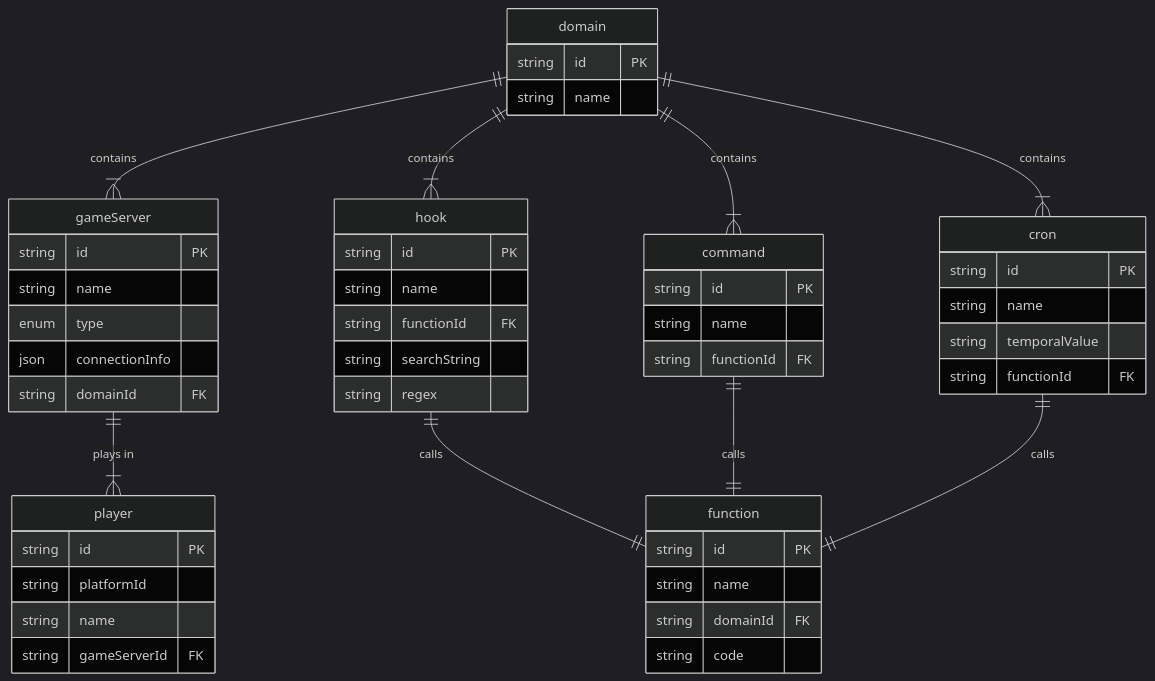
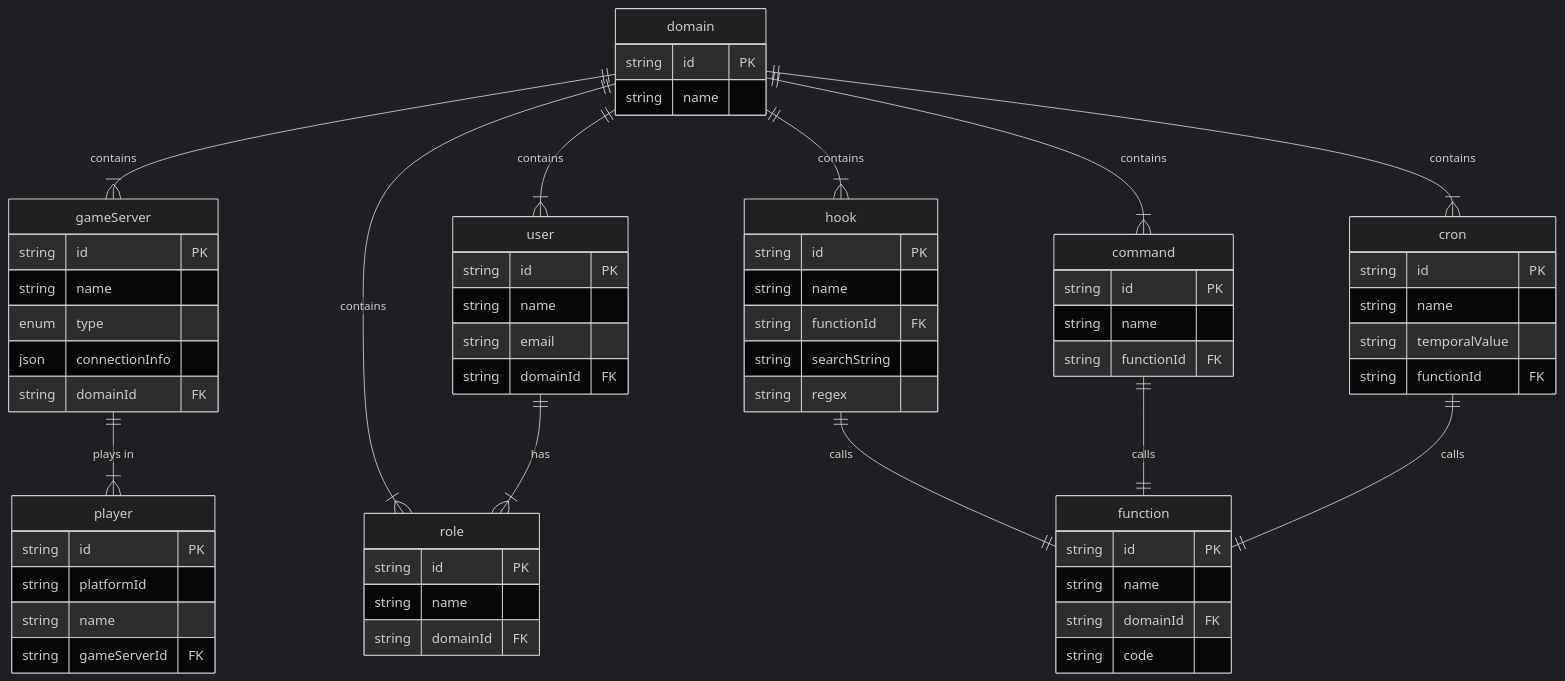
One commit to gettakaro/takaro changed the diagram in README.md. Above: the diagram before and after it, drawn with Mermaid (dark theme). The commit also changed 78 other files, not shown here.

````diff
--- a/README.md
+++ b/README.md
@@ -57,60 +57,76 @@
 ```mermaid
 erDiagram
     domain {
       string id PK
       string name
     }
     
     gameServer {
       string id PK
       string name
       enum type
       json connectionInfo 
+      string domainId FK
+    }
+
+    user {
+      string id PK
+      string name
+      string email
+      string domainId FK
+    }
+
+    role {
+      string id PK
+      string name
       string domainId FK
     }
     
     player {
       string id PK
       string platformId
       string name
       string gameServerId FK
     }
 
     
     function {
       string id PK
       string name
       string domainId FK
       string code
     }
 
     hook {
       string id PK
       string name
       string functionId FK
       string searchString
       string regex
     }
 
     command {
       string id PK
       string name
       string functionId FK
     }
 
     cron {
       string id PK
       string name
       string temporalValue
       string functionId FK
     }
 
     domain ||--|{ gameServer : contains
+    domain ||--|{ user : contains
+    domain ||--|{ role : contains
+    user ||--|{ role : has
     domain ||--|{ hook : contains
     domain ||--|{ command : contains
     domain ||--|{ cron : contains
     hook   ||--|| function : calls
     command   ||--|| function : calls
     cron   ||--|| function : calls
     gameServer ||--|{ player : "plays in"
 ```
````
